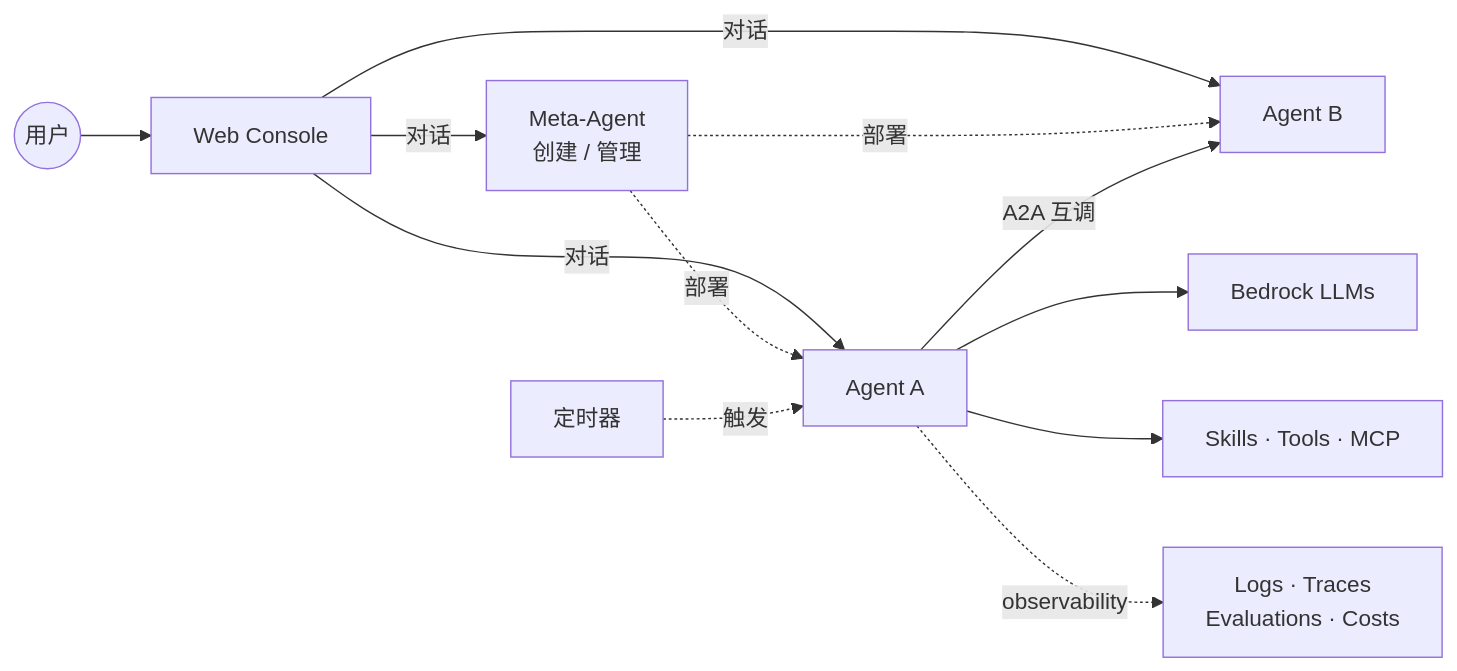
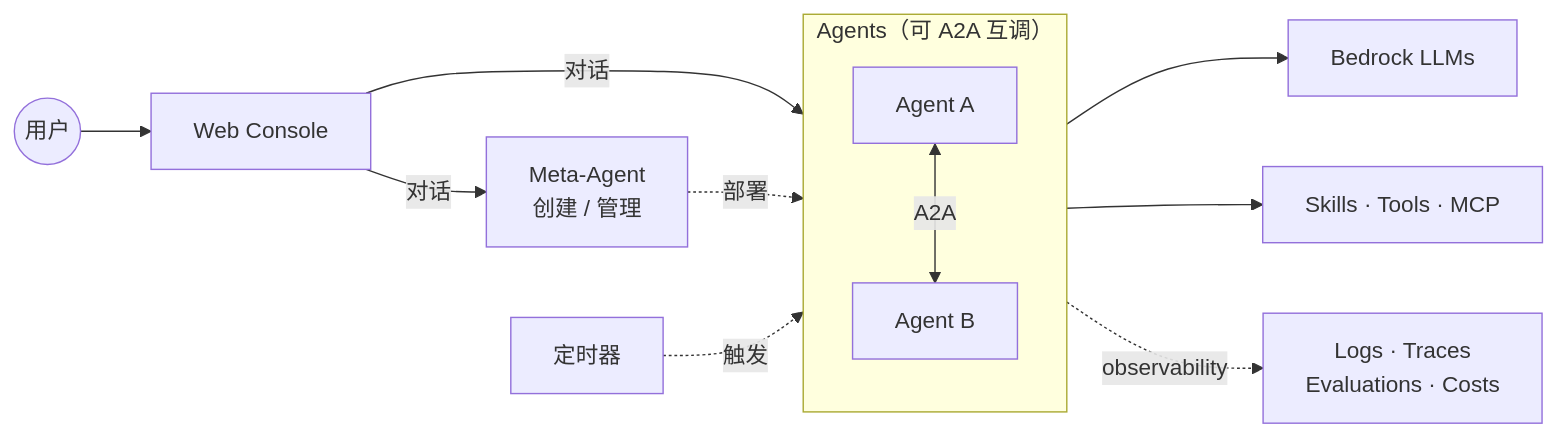
Before and after one commit to ddpie/agent-studio: the first of 2 diagrams in README.md, drawn with Mermaid. The commit also changed other lines of this file, not shown here.

Commit message:
docs(readme): use subgraph for Agents, A2A inside, fewer crossing edges

````diff
--- a/README.md
+++ b/README.md
@@ -19,15 +19,17 @@
 ```mermaid
 graph LR
     User((用户)) --> Web[Web Console]
     Cron[定时器]
     Web -->|对话| Meta[Meta-Agent<br/>创建 / 管理]
-    Web -->|对话| A1[Agent A]
-    Web -->|对话| A2[Agent B]
-    Meta -.部署.-> A1
-    Meta -.部署.-> A2
-    Cron -.触发.-> A1
-    A1 -->|A2A 互调| A2
-    A1 --> LLM[Bedrock LLMs]
-    A1 --> Ext[Skills · Tools · MCP]
-    A1 -.observability.-> Obs[Logs · Traces<br/>Evaluations · Costs]
+
+    subgraph Agents["Agents（可 A2A 互调）"]
+        A1[Agent A] <-->|A2A| A2[Agent B]
+    end
+
+    Web -->|对话| Agents
+    Meta -.部署.-> Agents
+    Cron -.触发.-> Agents
+    Agents --> LLM[Bedrock LLMs]
+    Agents --> Ext[Skills · Tools · MCP]
+    Agents -.observability.-> Obs[Logs · Traces<br/>Evaluations · Costs]
 ```
````
